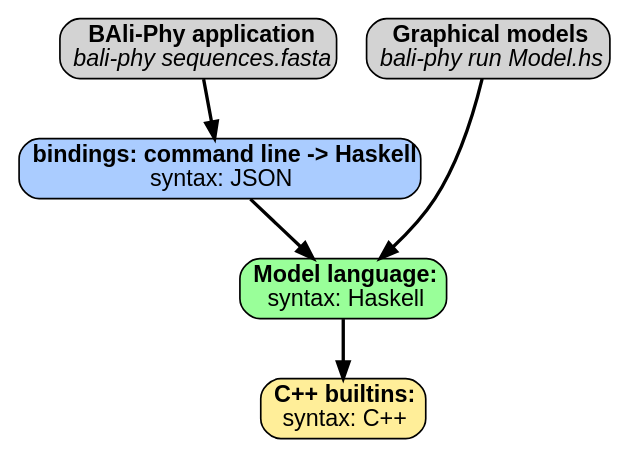
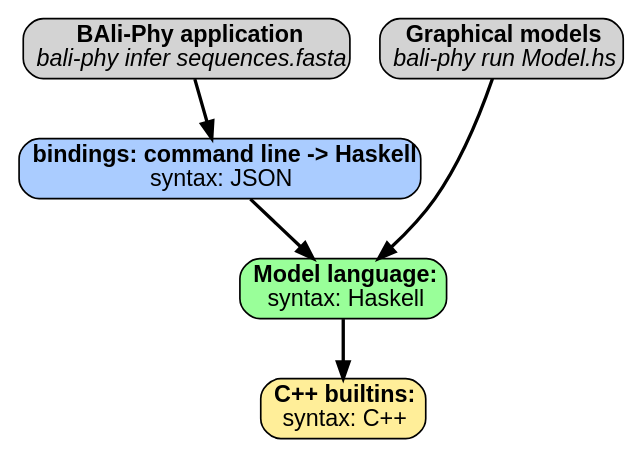
Before and after one commit to bredelings/BAli-Phy: the diagram in doc/developer/architecture.dot, drawn with Graphviz. The commit also changed 22 other files, not shown here.

```diff
--- a/doc/developer/architecture.dot
+++ b/doc/developer/architecture.dot
@@ -1,21 +1,21 @@
 digraph "Architecture" {
 graph [ranksep=0.25, fontname=Arial,  nodesep=0.25, ranksep=0.5];
 node [fontname=Arial, style="filled,rounded", height=0, width=0, shape=box];
 edge [style="setlinewidth(2)"];
 
-bali_phy [label=<<b>BAli-Phy application</b><br/><i>bali-phy sequences.fasta</i>>]
+bali_phy [label=<<b>BAli-Phy application</b><br/><i>bali-phy infer sequences.fasta</i>>]
 
 graphical_models  [label=<<b>Graphical models</b><br/><i>bali-phy run Model.hs</i>>]
 
 graphical_model_language [label=<<b>Model language:</b><br/>syntax: Haskell>, fillcolor="#99ff99"]
 
 cpp_builtins [label=<<b>C++ builtins:</b><br/>syntax: C++<br/>>,fillcolor="#ffee99"]
 
 {rank = same; bali_phy; graphical_models}
 
 bali_phy -> JSON_files
 JSON_files [label=<<b>bindings: command line -&gt; Haskell</b><br/>syntax: JSON>,fillcolor="#aaccff"]
 JSON_files -> graphical_model_language
 graphical_models -> graphical_model_language
 graphical_model_language -> cpp_builtins
 }
```
